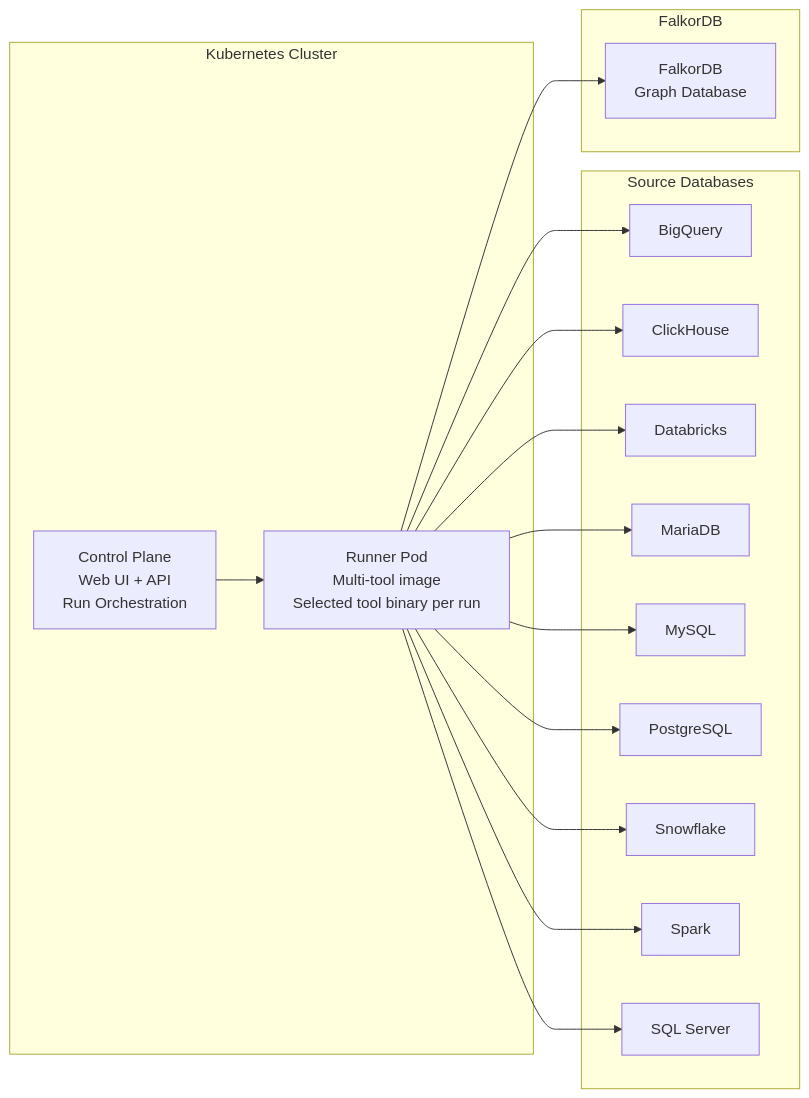
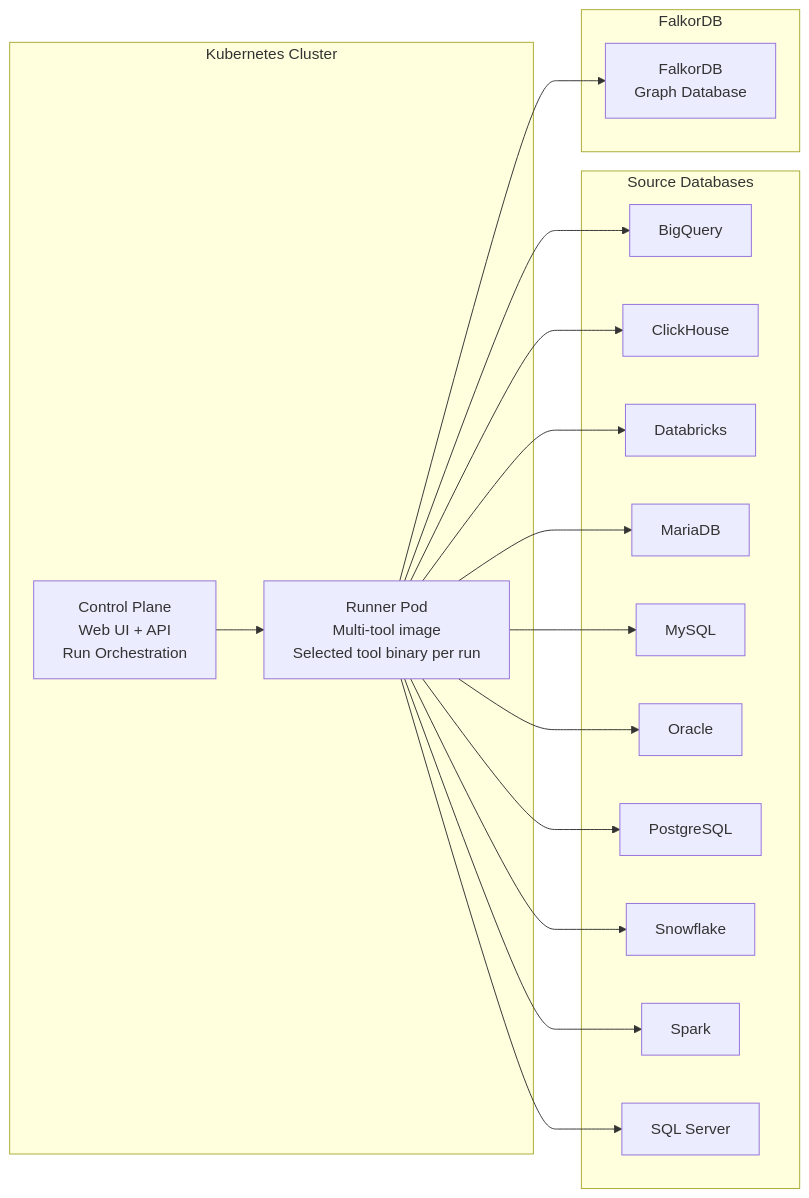
The diagram in readme.md (FalkorDB/DM-SQL-to-FalkorDB), drawn with Mermaid before and after one commit. The commit also changed other lines of this file and 27 other files, not shown here.

````diff
--- a/readme.md
+++ b/readme.md
@@ -394,35 +407,37 @@
 ```mermaid
 flowchart LR
     subgraph Source Databases
         BQ[BigQuery]
         CH[ClickHouse]
         DB[Databricks]
         MARIA[MariaDB]
         MYSQL[MySQL]
+        ORA[Oracle]
         PG[PostgreSQL]
         SF[Snowflake]
         SP[Spark]
         SS[SQL Server]
     end
 
     subgraph Kubernetes Cluster
         CP[Control Plane<br/>Web UI + API<br/>Run Orchestration]
         RP[Runner Pod<br/>Multi-tool image<br/>Selected tool binary per run]
         CP --> RP
     end
 
     subgraph FalkorDB
         FDB[FalkorDB<br/>Graph Database]
     end
 
     RP --> BQ
     RP --> CH
     RP --> DB
     RP --> MARIA
     RP --> MYSQL
+    RP --> ORA
     RP --> PG
     RP --> SF
     RP --> SP
     RP --> SS
     RP --> FDB
 ```
````
